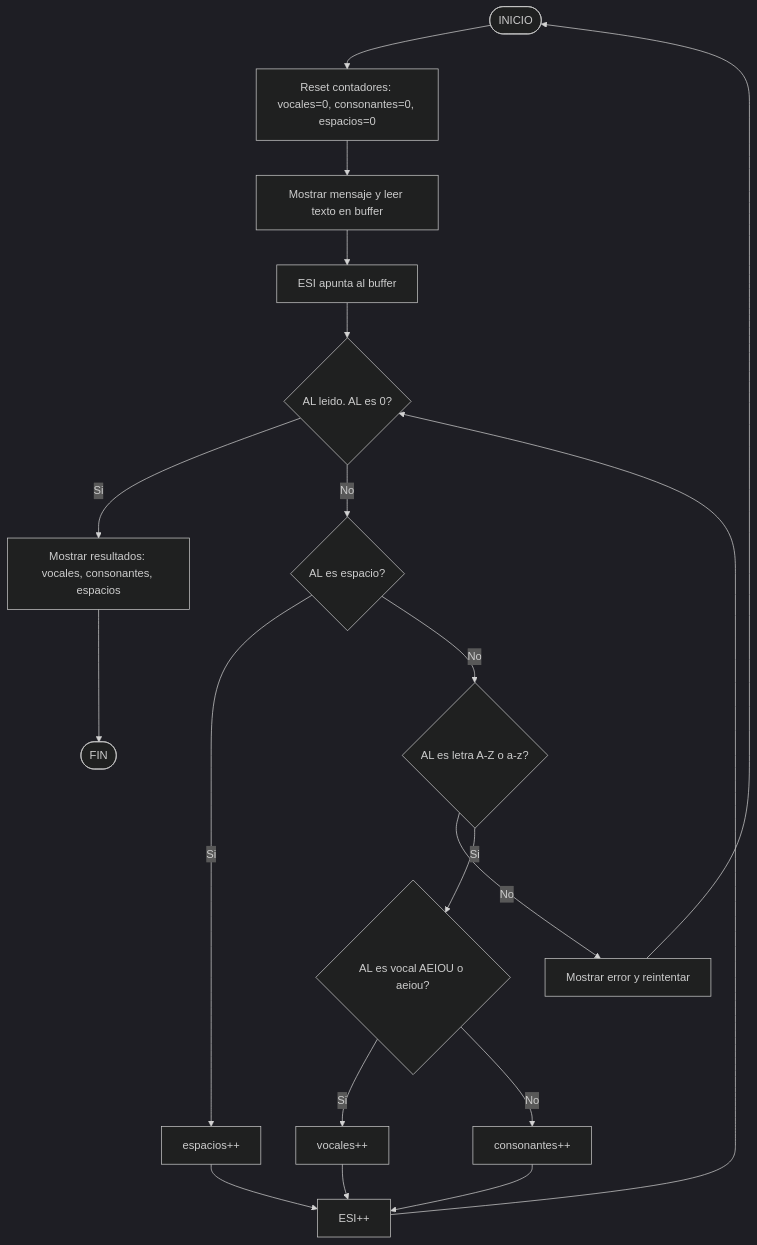
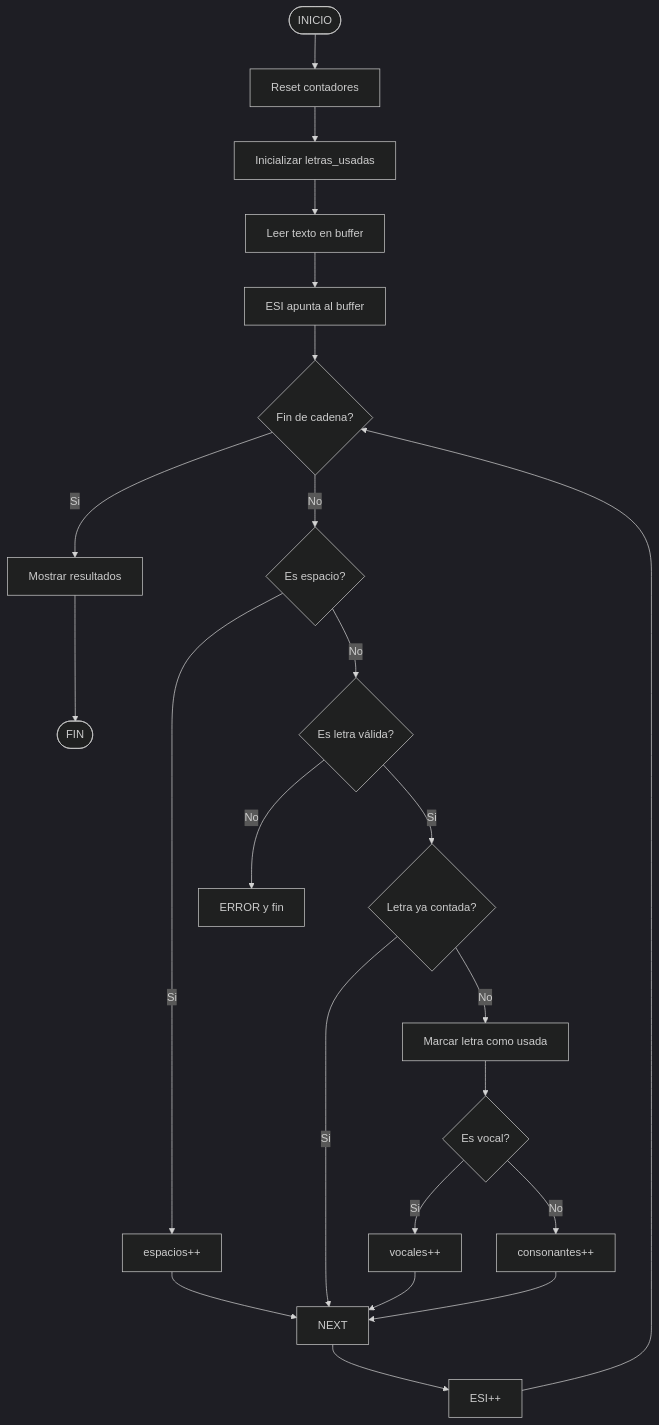
Before and after one commit to Serdan1/contador_vocales_consonantes_sasm: the diagram in README.md, drawn with Mermaid (dark theme). The commit also changed other lines of this file, not shown here.

`````diff
--- a/README.md
+++ b/README.md
@@ -127,25 +140,32 @@
 ```mermaid
 flowchart TD
-    A([INICIO]) --> B[Reset contadores: vocales=0, consonantes=0, espacios=0]
-    B --> C[Mostrar mensaje y leer texto en buffer]
-    C --> D[ESI apunta al buffer]
-    D --> E{AL leido. AL es 0?}
+    A([INICIO]) --> B[Reset contadores]
+    B --> C[Inicializar letras_usadas]
+    C --> D[Leer texto en buffer]
+    D --> E[ESI apunta al buffer]
 
-    E -- Si --> R[Mostrar resultados: vocales, consonantes, espacios]
-    R --> F([FIN])
+    E --> F{Fin de cadena?}
+    F -- Si --> R[Mostrar resultados]
+    R --> FIN([FIN])
 
-    E -- No --> S{AL es espacio?}
+    F -- No --> S{Es espacio?}
     S -- Si --> S1[espacios++]
-    S1 --> I[ESI++]
-    I --> E
+    S1 --> NEXT
 
-    S -- No --> L{AL es letra A-Z o a-z?}
-    L -- No --> X[Mostrar error y reintentar]
-    X --> A
+    S -- No --> L{Es letra válida?}
+    L -- No --> X[ERROR y fin]
+    L -- Si --> N{Letra ya contada?}
 
-    L -- Si --> V{AL es vocal AEIOU o aeiou?}
+    N -- Si --> NEXT
+    N -- No --> G[Marcar letra como usada]
+
+    G --> V{Es vocal?}
     V -- Si --> V1[vocales++]
     V -- No --> C1[consonantes++]
-    V1 --> I
-    C1 --> I
-```
+
+    V1 --> NEXT
+    C1 --> NEXT
+
+    NEXT --> H[ESI++]
+    H --> F
+````
`````
